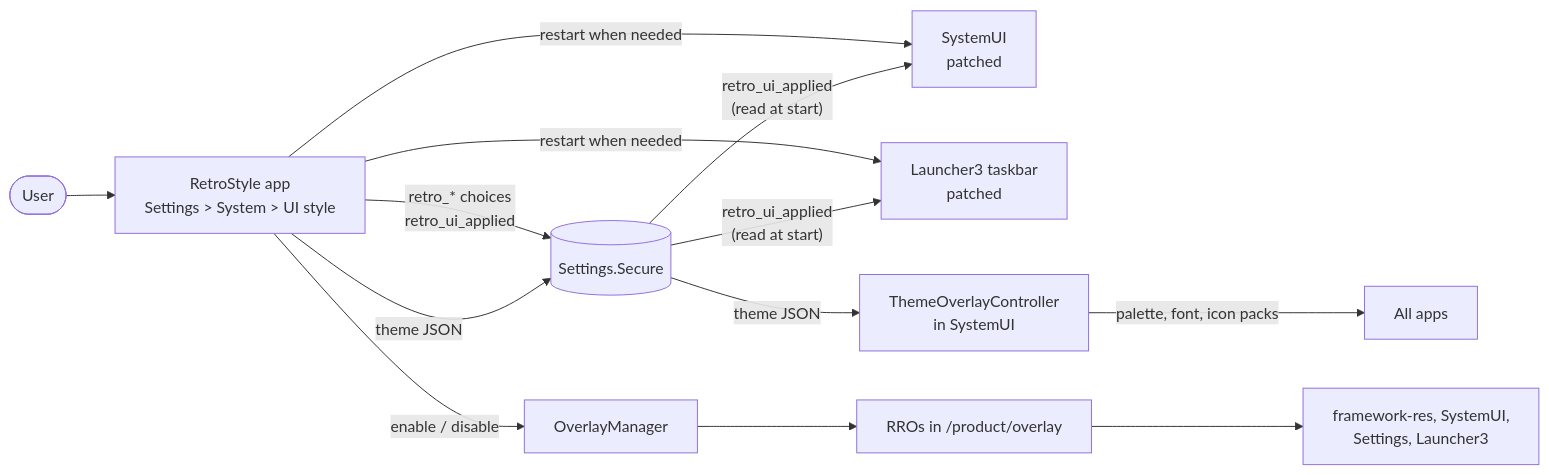
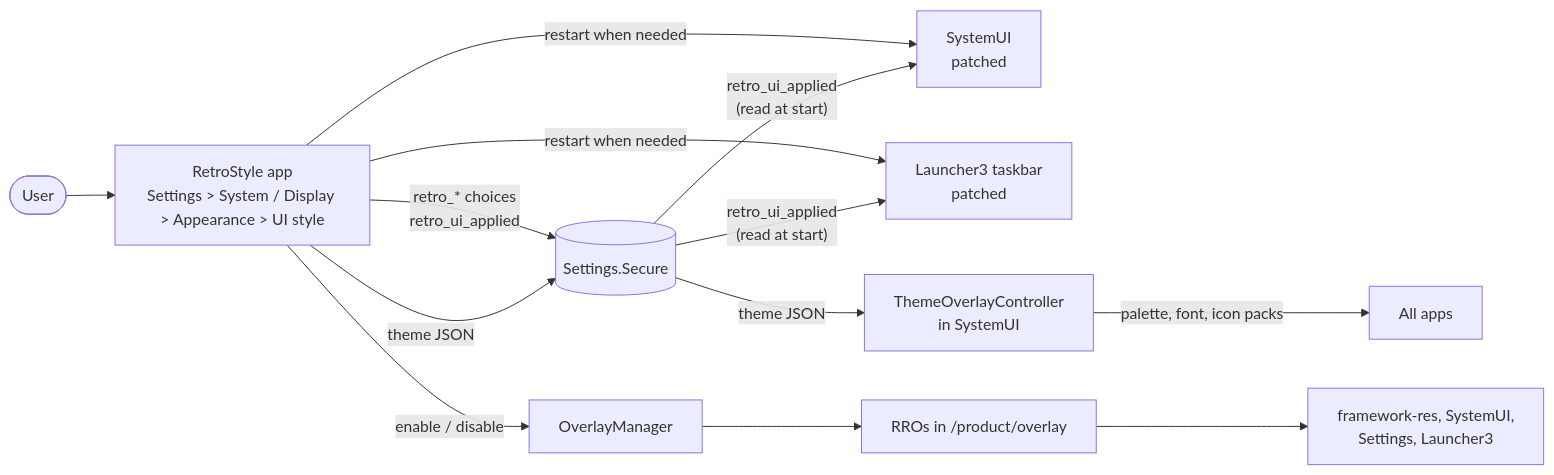
Before and after one commit to Bliss-Bass/retro-style: the diagram in docs/HOW_IT_WORKS.md, drawn with Mermaid. The commit also changed 8 other files, not shown here.

First line of the commit message:
Link UI style under Settings > Display > Appearance as well.

````diff
--- a/docs/HOW_IT_WORKS.md
+++ b/docs/HOW_IT_WORKS.md
@@ -15,15 +15,15 @@
 ```mermaid
 flowchart LR
-    user([User]) --> page[RetroStyle app<br/>Settings > System > UI style]
+    user([User]) --> page[RetroStyle app<br/>Settings > System / Display > Appearance > UI style]
     page -->|"retro_* choices<br/>retro_ui_applied"| secure[(Settings.Secure)]
     page -->|"enable / disable"| om[OverlayManager]
     page -->|"theme JSON"| secure
     page -->|"restart when needed"| sysui
     page -->|"restart when needed"| launcher
     om --> rros[RROs in /product/overlay]
     secure -->|"retro_ui_applied<br/>(read at start)"| sysui[SystemUI<br/>patched]
     secure -->|"retro_ui_applied<br/>(read at start)"| launcher[Launcher3 taskbar<br/>patched]
     secure -->|"theme JSON"| toc[ThemeOverlayController<br/>in SystemUI]
     toc -->|"palette, font, icon packs"| allapps[All apps]
     rros --> fw[framework-res, SystemUI,<br/>Settings, Launcher3]
 ```
````
